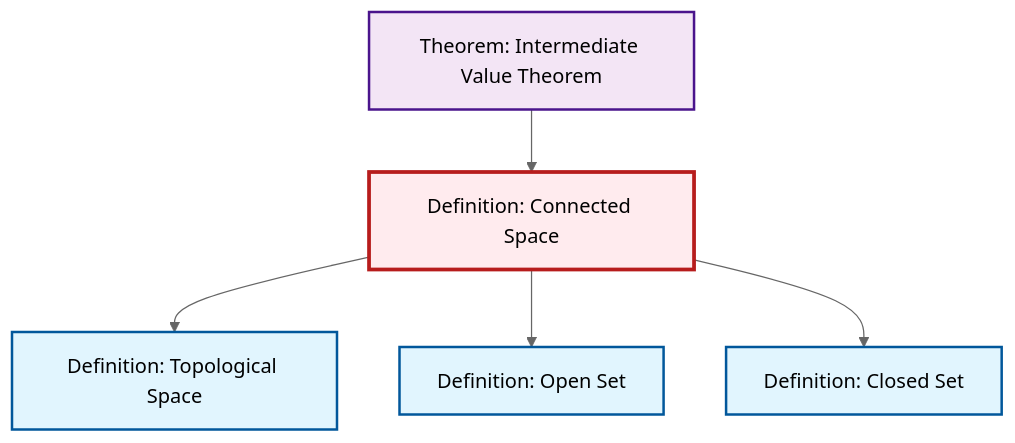
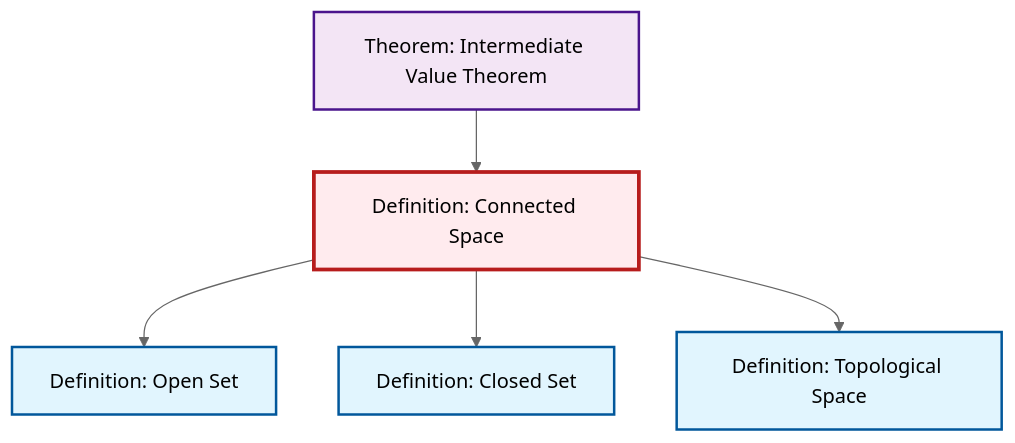
The diagram in content/ja/topology/def-connected.qmd (RK0429/ModernMath), drawn with Mermaid (neutral theme) before and after one commit. The commit also changed other lines of this file and 417 other files, not shown here.

````diff
--- a/content/ja/topology/def-connected.qmd
+++ b/content/ja/topology/def-connected.qmd
@@ -50,23 +50,23 @@
 ```{mermaid}
 %%| fig-cap: "Local dependency graph"
 graph TD
     classDef definition fill:#e1f5fe,stroke:#01579b,stroke-width:2px
     classDef theorem fill:#f3e5f5,stroke:#4a148c,stroke-width:2px
     classDef axiom fill:#fff3e0,stroke:#e65100,stroke-width:2px
     classDef example fill:#e8f5e9,stroke:#1b5e20,stroke-width:2px
     classDef current fill:#ffebee,stroke:#b71c1c,stroke-width:3px
-    thm-intermediate-value["Theorem: Intermediate Value Theorem"]:::theorem
     def-topological-space["Definition: Topological Space"]:::definition
     def-open-set["Definition: Open Set"]:::definition
+    def-connected["Definition: Connected Space"]:::definition
     def-closed-set["Definition: Closed Set"]:::definition
-    def-connected["Definition: Connected Space"]:::definition
+    thm-intermediate-value["Theorem: Intermediate Value Theorem"]:::theorem
+    def-connected --> def-open-set
+    def-connected --> def-closed-set
     def-connected --> def-topological-space
     thm-intermediate-value --> def-connected
-    def-connected --> def-open-set
-    def-connected --> def-closed-set
     class def-connected current
-    click thm-intermediate-value "thm-intermediate-value.html" "Theorem: Intermediate Value Theoremへ"
     click def-topological-space "def-topological-space.html" "Definition: Topological Spaceへ"
     click def-open-set "def-open-set.html" "Definition: Open Setへ"
     click def-closed-set "def-closed-set.html" "Definition: Closed Setへ"
+    click thm-intermediate-value "thm-intermediate-value.html" "Theorem: Intermediate Value Theoremへ"
 ```
````
